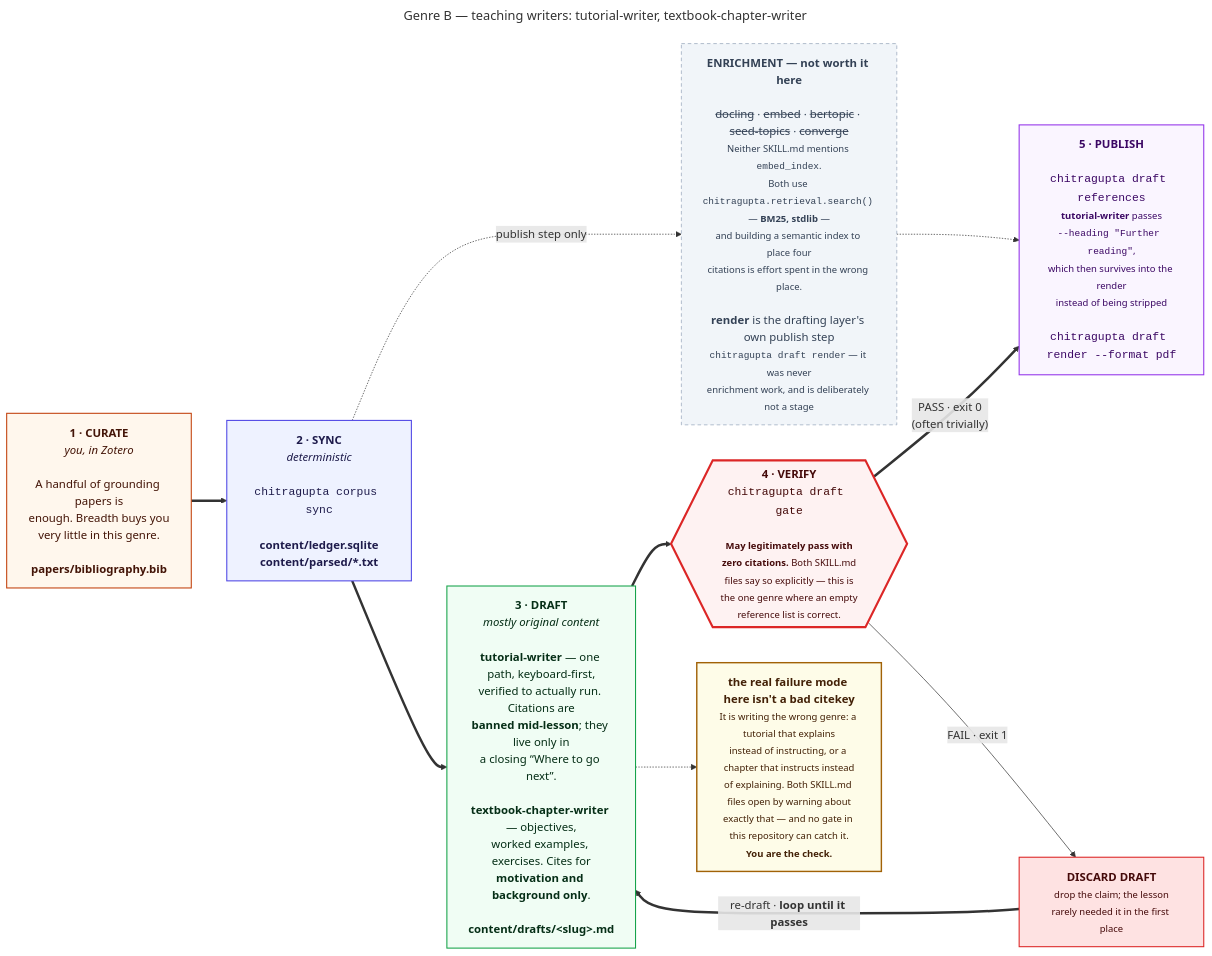
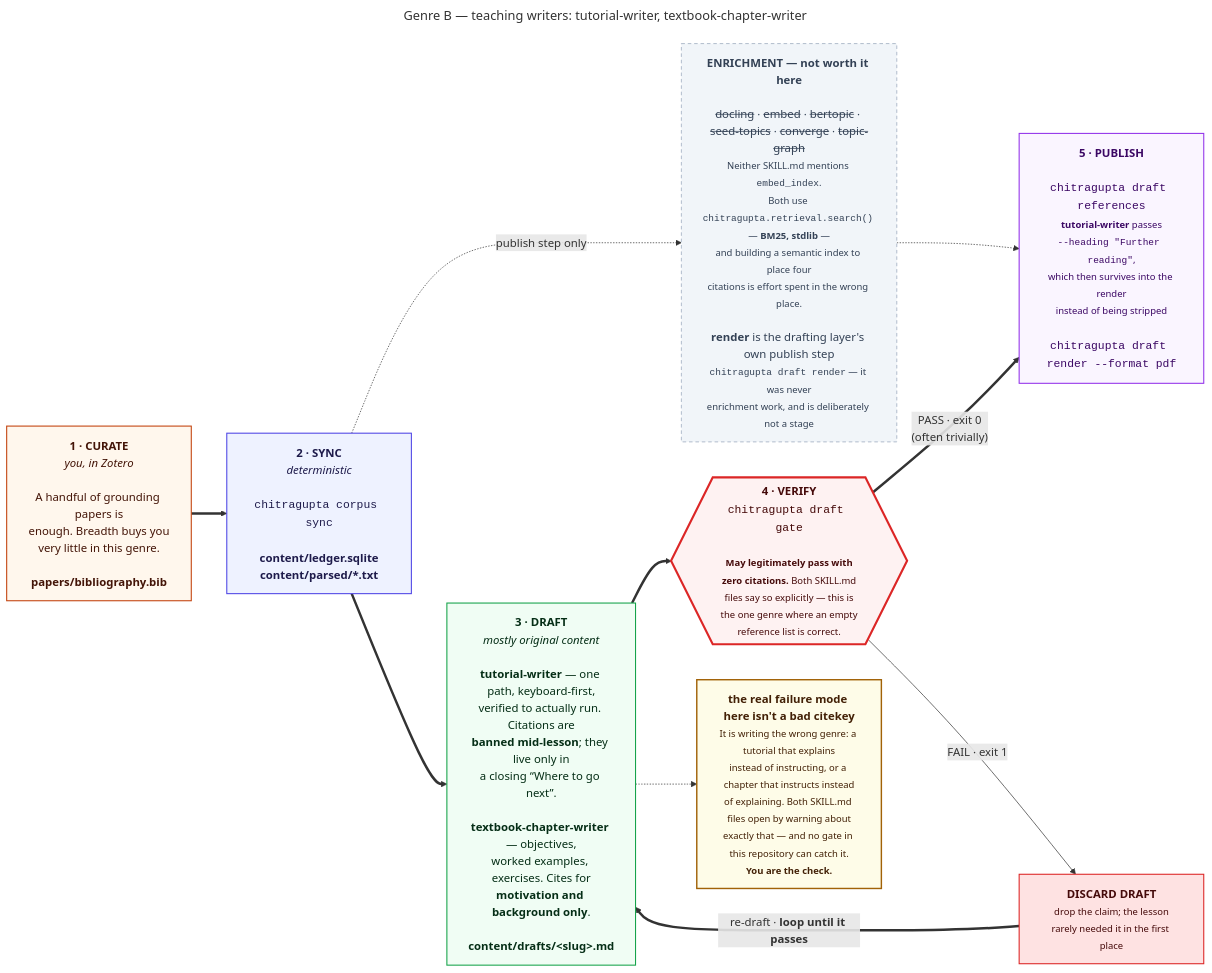
The diagram in docs/diagrams/g2-teaching.mmd (prasadtalasila/chitragupta), drawn with Mermaid before and after one commit. The commit also changed 19 other files, not shown here.

First line of the commit message:
Document the topic-graph stage and the topic-discovery plan

```diff
--- a/docs/diagrams/g2-teaching.mmd
+++ b/docs/diagrams/g2-teaching.mmd
@@ -1,46 +1,46 @@
 ---
 title: "Genre B — teaching writers: tutorial-writer, textbook-chapter-writer"
 ---
 flowchart LR
 
   P0["<b>1 · CURATE</b><br/><i>you, in Zotero</i><br/><br/>A handful of grounding papers is<br/>enough. Breadth buys you<br/>very little in this genre.<br/><br/><b>papers/bibliography.bib</b>"]
 
   P1["<b>2 · SYNC</b><br/><i>deterministic</i><br/><br/><code>chitragupta corpus sync</code><br/><br/><b>content/ledger.sqlite</b><br/><b>content/parsed/*.txt</b>"]
 
-  HEAVY["<b>ENRICHMENT — not worth it here</b><br/><br/><s>docling</s> · <s>embed</s> · <s>bertopic</s> · <s>seed-topics</s> · <s>converge</s><br/><small>Neither SKILL.md mentions <code>embed_index</code>.<br/>Both use <code>chitragupta.retrieval.search()</code> — <b>BM25, stdlib</b> —<br/>and building a semantic index to place four<br/>citations is effort spent in the wrong place.</small><br/><br/><b>render</b> is the drafting layer's own publish step<br/><small><code>chitragupta draft render</code> — it was never<br/>enrichment work, and is deliberately not a stage</small>"]
+  HEAVY["<b>ENRICHMENT — not worth it here</b><br/><br/><s>docling</s> · <s>embed</s> · <s>bertopic</s> · <s>seed-topics</s> · <s>converge</s> · <s>topic-graph</s><br/><small>Neither SKILL.md mentions <code>embed_index</code>.<br/>Both use <code>chitragupta.retrieval.search()</code> — <b>BM25, stdlib</b> —<br/>and building a semantic index to place four<br/>citations is effort spent in the wrong place.</small><br/><br/><b>render</b> is the drafting layer's own publish step<br/><small><code>chitragupta draft render</code> — it was never<br/>enrichment work, and is deliberately not a stage</small>"]
 
   P2["<b>3 · DRAFT</b><br/><i>mostly original content</i><br/><br/><b>tutorial-writer</b> — one path, keyboard-first,<br/>verified to actually run. Citations are<br/><b>banned mid-lesson</b>; they live only in<br/>a closing “Where to go next”.<br/><br/><b>textbook-chapter-writer</b> — objectives,<br/>worked examples, exercises. Cites for<br/><b>motivation and background only</b>.<br/><br/><b>content/drafts/&lt;slug&gt;.md</b>"]
 
   P3{{"<b>4 · VERIFY</b><br/><code>chitragupta draft gate</code><br/><br/><small><b>May legitimately pass with<br/>zero citations.</b> Both SKILL.md<br/>files say so explicitly — this is<br/>the one genre where an empty<br/>reference list is correct.</small>"}}
 
   FIX["<b>DISCARD DRAFT</b><br/><small>drop the claim; the lesson<br/>rarely needed it in the first place</small>"]
 
   P4["<b>5 · PUBLISH</b><br/><br/><code>chitragupta draft references</code><br/><small><b>tutorial-writer</b> passes<br/><code>--heading &quot;Further reading&quot;</code>,<br/>which then survives into the render<br/>instead of being stripped</small><br/><br/><code>chitragupta draft render --format pdf</code>"]
 
   RISK["<b>the real failure mode here isn't a bad citekey</b><br/><small>It is writing the wrong genre: a tutorial that explains<br/>instead of instructing, or a chapter that instructs instead<br/>of explaining. Both SKILL.md files open by warning about<br/>exactly that — and no gate in this repository can catch it.<br/><b>You are the check.</b></small>"]
 
   P0 ==> P1 ==> P2 ==> P3
   P1 -. "publish step only" .-> HEAVY
   HEAVY -.-> P4
   P3 == "PASS · exit 0<br/>(often trivially)" ==> P4
   P3 -- "FAIL · exit 1" --> FIX
   FIX == "re-draft · <b>loop until it passes</b>" ==> P2
   P2 -.-> RISK
 
   classDef you fill:#fff7ed,stroke:#c2410c,stroke-width:1.5px,color:#431407
   classDef det fill:#eef2ff,stroke:#4f46e5,stroke-width:1.5px,color:#1e1b4b
   classDef gen fill:#f0fdf4,stroke:#16a34a,stroke-width:1.5px,color:#052e16
   classDef gate fill:#fef2f2,stroke:#dc2626,stroke-width:3px,color:#450a0a
   classDef out fill:#faf5ff,stroke:#9333ea,stroke-width:1.5px,color:#3b0764
   classDef bad fill:#fee2e2,stroke:#dc2626,stroke-width:1.5px,color:#450a0a
   classDef off fill:#f1f5f9,stroke:#94a3b8,stroke-dasharray:5 4,color:#334155
   classDef risk fill:#fefce8,stroke:#a16207,stroke-width:2px,color:#422006
 
   class P0 you
   class P1 det
   class P2 gen
   class P3 gate
   class P4 out
   class FIX bad
   class HEAVY off
   class RISK risk
```
